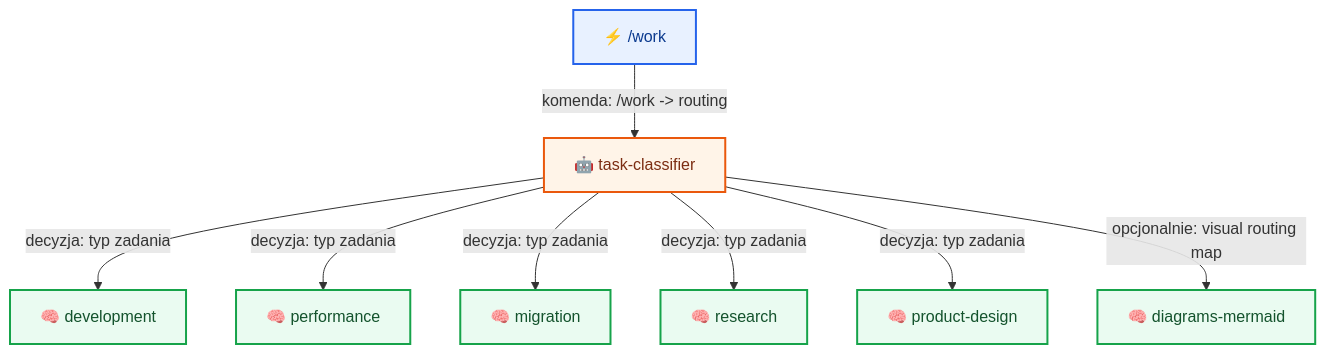
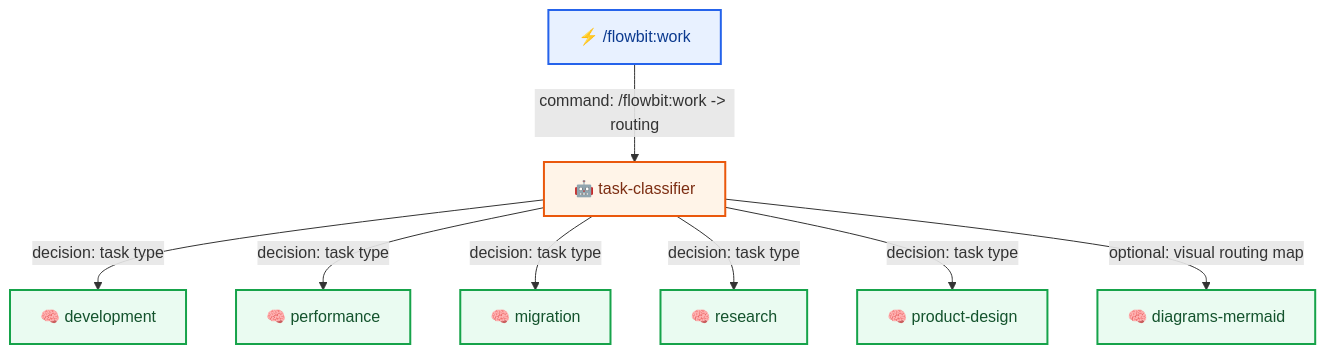
The first of 11 diagrams in docs/flow/workflows.md (plucins/flowbit), drawn with Mermaid before and after one commit. The commit also changed other lines of this file and 11 other files, not shown here.

````diff
--- a/docs/flow/workflows.md
+++ b/docs/flow/workflows.md
@@ -29,17 +29,17 @@
 ```mermaid
 graph TD
-  WORK["⚡ /work"] -- "komenda: /work -> routing" --> CLASS["🤖 task-classifier"]
-  CLASS -- "decyzja: typ zadania" --> DEV["🧠 development"]
-  CLASS -- "decyzja: typ zadania" --> PERF["🧠 performance"]
-  CLASS -- "decyzja: typ zadania" --> MIG["🧠 migration"]
-  CLASS -- "decyzja: typ zadania" --> RES["🧠 research"]
-  CLASS -- "decyzja: typ zadania" --> PD["🧠 product-design"]
-  CLASS -- "opcjonalnie: visual routing map" --> DIAG_W["🧠 diagrams-mermaid"]
+  WORK["⚡ /flowbit:work"] -- "command: /flowbit:work -> routing" --> CLASS["🤖 task-classifier"]
+  CLASS -- "decision: task type" --> DEV["🧠 development"]
+  CLASS -- "decision: task type" --> PERF["🧠 performance"]
+  CLASS -- "decision: task type" --> MIG["🧠 migration"]
+  CLASS -- "decision: task type" --> RES["🧠 research"]
+  CLASS -- "decision: task type" --> PD["🧠 product-design"]
+  CLASS -- "optional: visual routing map" --> DIAG_W["🧠 diagrams-mermaid"]
 
   classDef cmd fill:#E8F1FF,stroke:#2563EB,stroke-width:2px,color:#0B3A8F;
   classDef skill fill:#EAFBF1,stroke:#16A34A,stroke-width:2px,color:#14532D;
   classDef agent fill:#FFF4E8,stroke:#EA580C,stroke-width:2px,color:#7C2D12;
   class WORK cmd;
   class DEV,PERF,MIG,RES,PD,DIAG_W skill;
   class CLASS agent;
 ```
````
